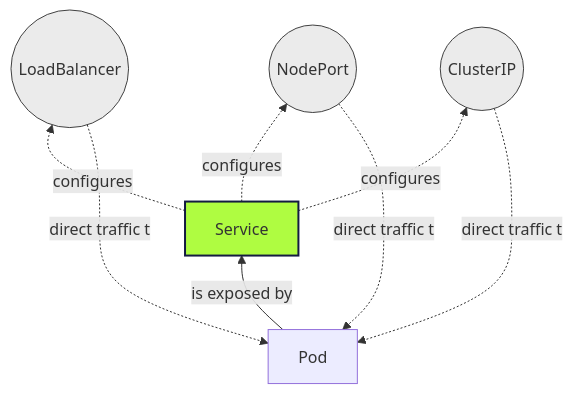
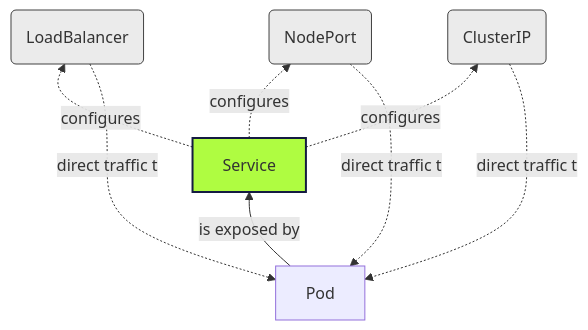
One commit to cloudowski/kubemap changed the diagram in content/objects/service.md. Above: the diagram before and after it, drawn with Mermaid.

Commit message:
Better style for service

```diff
--- a/content/objects/service.md
+++ b/content/objects/service.md
@@ -11,19 +11,19 @@
 {{<mermaid>}}
 
 graph BT;
     classDef highlight fill:#AFFC41,stroke:#141B41,stroke-width:2px;
     classDef net fill:#EBEBEB,stroke:#414141,stroke-width:1px;
     
     pod[Pod]--is exposed by-->svc[Service]
 
-    svc-.configures.->lb((LoadBalancer))
-    svc-.configures.->np((NodePort))
-    svc-.configures.->cip((ClusterIP))
+    svc-.configures.->lb(LoadBalancer)
+    svc-.configures.->np(NodePort)
+    svc-.configures.->cip(ClusterIP)
     lb-.direct traffic to.->pod
     np-.direct traffic to.->pod
     cip-.direct traffic to.->pod
 
     class svc highlight
     class lb,np,cip net
 
 {{< /mermaid >}}
```
